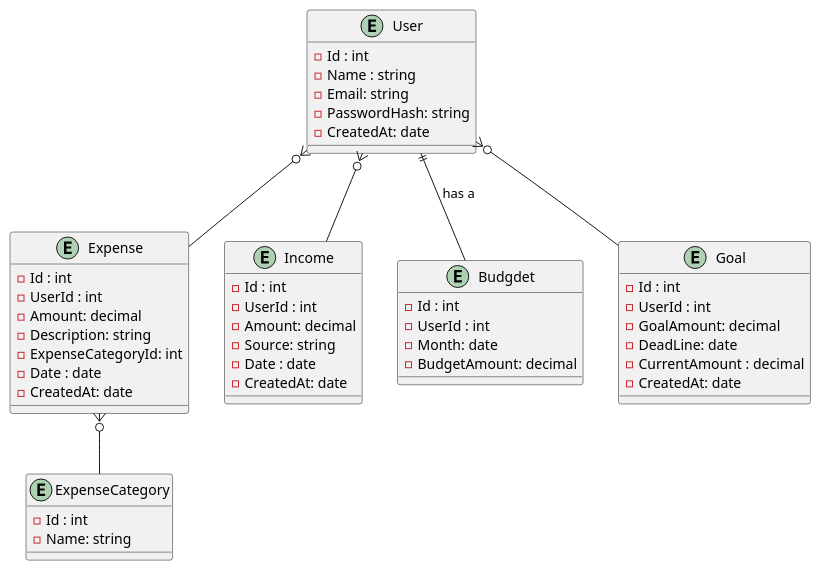
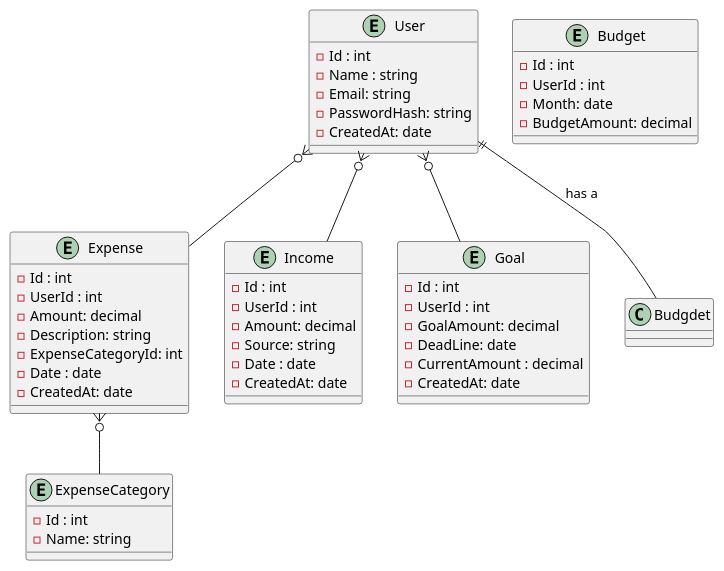
Before and after one commit to programacion-6/ExPenSeTraCkerGroUpSiX: the diagram in src/docs/dbDesign.puml, drawn with PlantUML. The commit also changed 2 other files, not shown here.

```diff
--- a/src/docs/dbDesign.puml
+++ b/src/docs/dbDesign.puml
@@ -1,60 +1,60 @@
 @startuml title Data base design
 
     entity User {
     - Id : int
     - Name : string
     - Email: string
     - PasswordHash: string
     - CreatedAt: date
     }
   
     
     entity Expense {
     - Id : int
     - UserId : int
     - Amount: decimal
     - Description: string
     - ExpenseCategoryId: int
     - Date : date
     - CreatedAt: date
     }
     
     entity Income {
     - Id : int
     - UserId : int
     - Amount: decimal
     - Source: string
     - Date : date
     - CreatedAt: date
     }
 
     entity ExpenseCategory {
     - Id : int
     - Name: string
     }
     
-    entity Budgdet {
+    entity Budget {
     - Id : int
     - UserId : int
     - Month: date
     - BudgetAmount: decimal
     }
     
     entity Goal {
     - Id : int
     - UserId : int
     - GoalAmount: decimal
     - DeadLine: date
     - CurrentAmount : decimal
     - CreatedAt: date
     }
  
  
 User }o-- Expense
 User }o-- Income 
 Expense }o-- ExpenseCategory 
 User ||-- Budgdet : has a
 User }o-- Goal 
 
 
 @enduml
```
